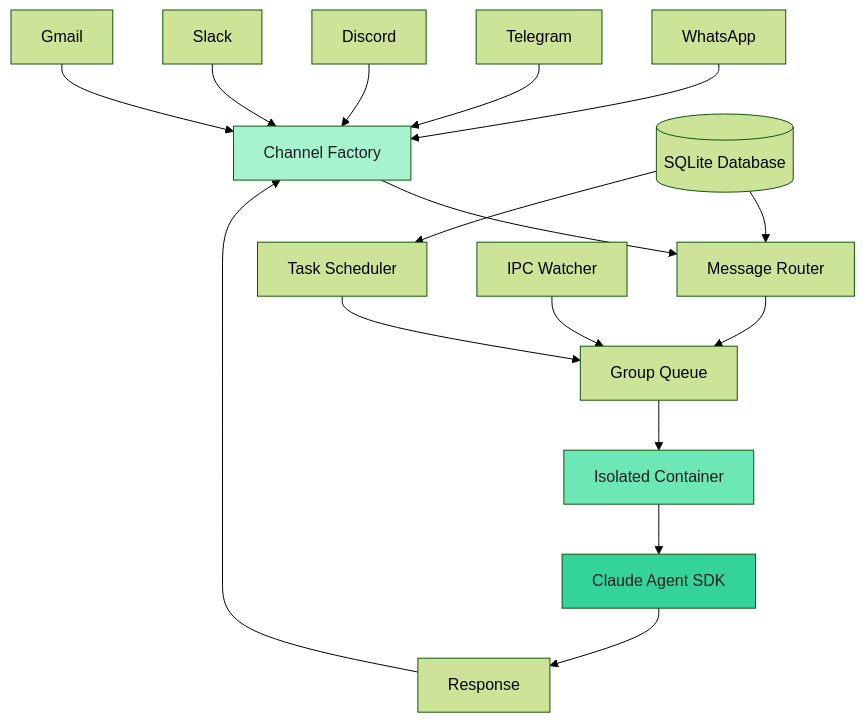
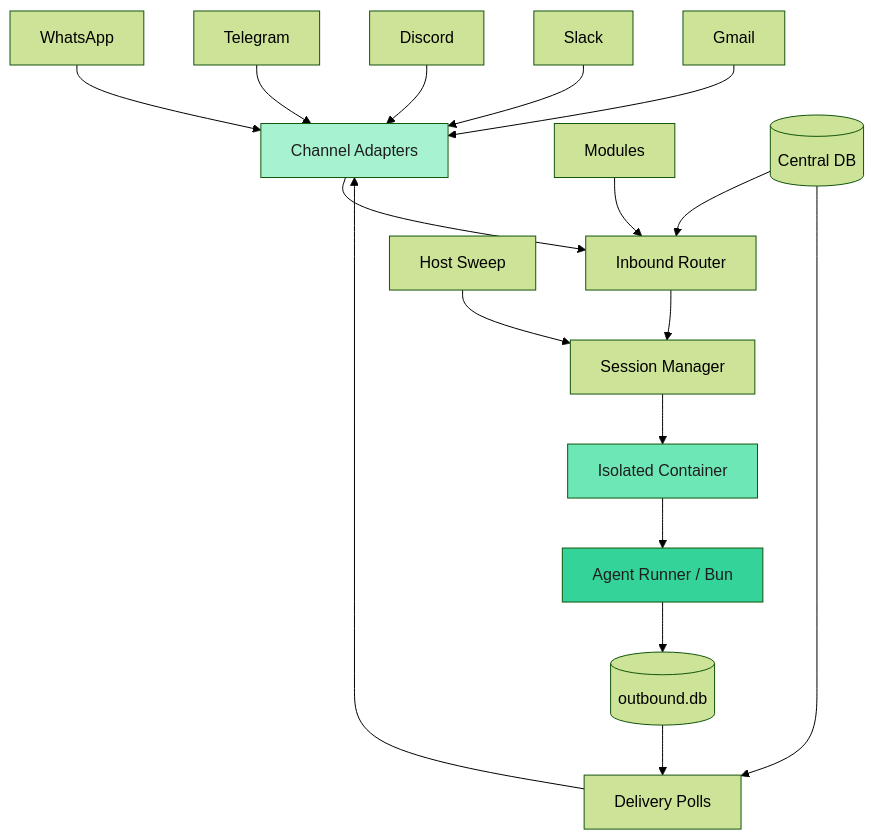
The first of 3 diagrams in concepts/architecture.mdx (glifocat/nanoclaw-docs), drawn with Mermaid (forest theme) before and after one commit. The commit also changed other lines of this file and 14 other files, not shown here.

First line of the commit message:
docs: update documentation for v2.0.0 architectural rewrite (#187)

````diff
--- a/concepts/architecture.mdx
+++ b/concepts/architecture.mdx
@@ -14,24 +14,25 @@
 ```mermaid
 graph TB
-    WA[WhatsApp] --> CF[Channel Factory]
-    TG[Telegram] --> CF
-    DC[Discord] --> CF
-    SL[Slack] --> CF
-    GM[Gmail] --> CF
-    CF --> Router[Message Router]
-    Router --> Queue[Group Queue]
-    Queue --> Container[Isolated Container]
-    Container --> Agent[Claude Agent SDK]
-    Agent --> Response[Response]
-    Response --> CF
+    WA[WhatsApp] --> CA[Channel Adapters]
+    TG[Telegram] --> CA
+    DC[Discord] --> CA
+    SL[Slack] --> CA
+    GM[Gmail] --> CA
+    CA --> Router[Inbound Router]
+    Router --> SM[Session Manager]
+    SM --> Container[Isolated Container]
+    Container --> Agent[Agent Runner / Bun]
+    Agent --> OutDB[(outbound.db)]
+    OutDB --> Delivery[Delivery Polls]
+    Delivery --> CA
 
-    Scheduler[Task Scheduler] --> Queue
-    IPC[IPC Watcher] --> Queue
+    Sweep[Host Sweep] --> SM
+    Modules[Modules] --> Router
 
-    DB[(SQLite Database)] --> Router
-    DB --> Scheduler
+    CentralDB[(Central DB)] --> Router
+    CentralDB --> Delivery
 
     style Container fill:#6ee7b7,color:#1e1e1e
     style Agent fill:#34d399,color:#1e1e1e
-    style CF fill:#a7f3d0,color:#1e1e1e
+    style CA fill:#a7f3d0,color:#1e1e1e
 ```
````
